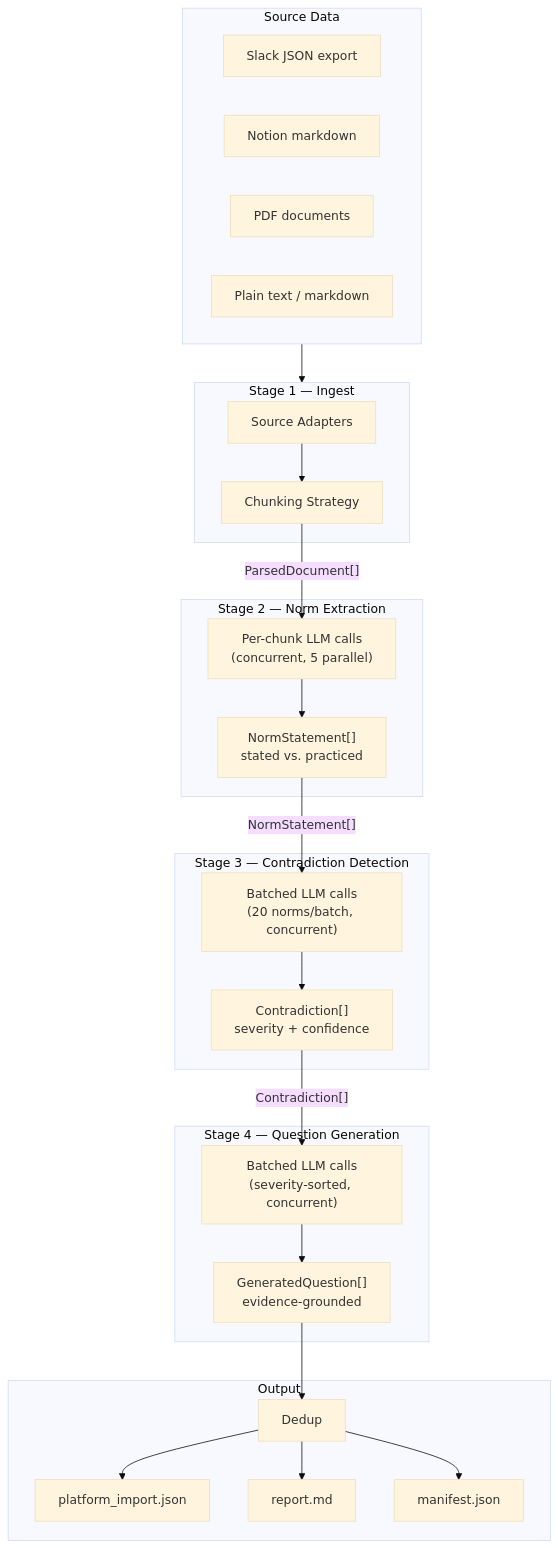
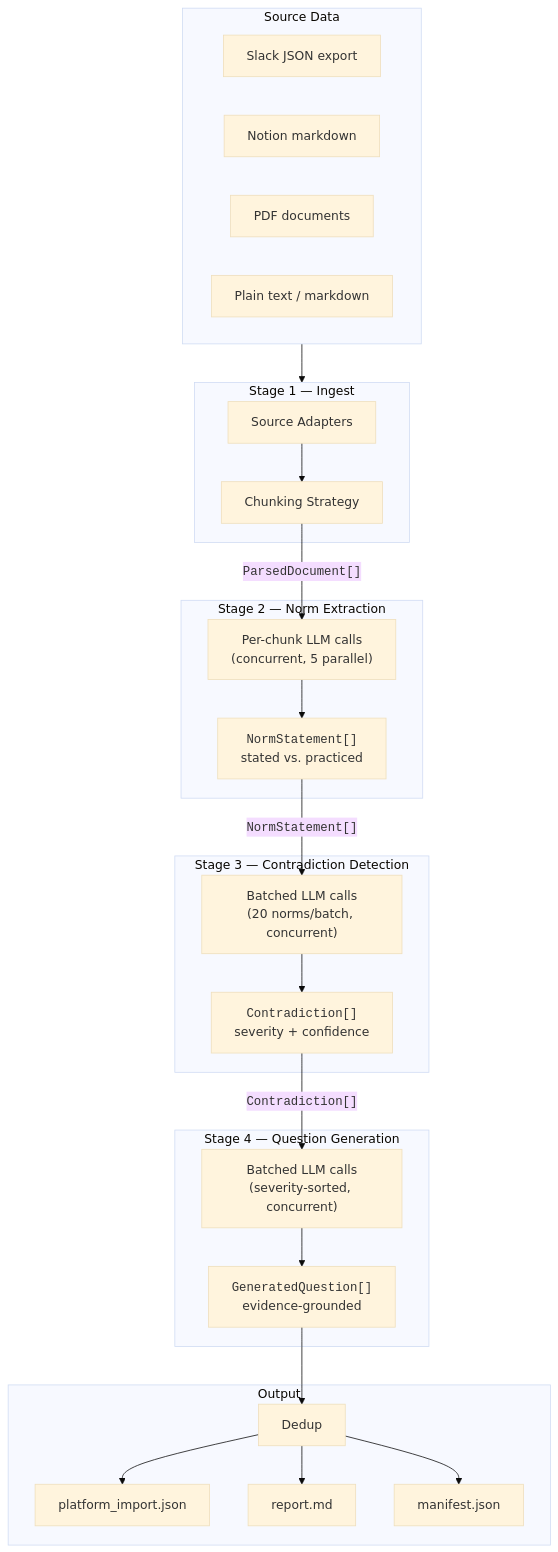
The first of 4 diagrams in docs/pipeline.md (keytech42/tacit-knowledge-elicitation), drawn with Mermaid (base theme) before and after one commit. The commit also changed 7 other files, not shown here.

````diff
--- a/docs/pipeline.md
+++ b/docs/pipeline.md
@@ -7,47 +7,47 @@
 ```mermaid
 flowchart TD
     subgraph sources["Source Data"]
         S1[Slack JSON export]
         S2[Notion markdown]
         S3[PDF documents]
         S4[Plain text / markdown]
     end
 
     subgraph stage1["Stage 1 — Ingest"]
         A1[Source Adapters] --> A2[Chunking Strategy]
     end
 
     subgraph stage2["Stage 2 — Norm Extraction"]
         B1["Per-chunk LLM calls<br/>(concurrent, 5 parallel)"]
-        B2["NormStatement[]<br/>stated vs. practiced"]
+        B2["<code>NormStatement[]</code><br/>stated vs. practiced"]
     end
 
     subgraph stage3["Stage 3 — Contradiction Detection"]
         C1["Batched LLM calls<br/>(20 norms/batch, concurrent)"]
-        C2["Contradiction[]<br/>severity + confidence"]
+        C2["<code>Contradiction[]</code><br>severity + confidence"]
     end
 
     subgraph stage4["Stage 4 — Question Generation"]
         D1["Batched LLM calls<br/>(severity-sorted, concurrent)"]
-        D2["GeneratedQuestion[]<br/>evidence-grounded"]
+        D2["<code>GeneratedQuestion[]</code><br>evidence-grounded"]
     end
 
     subgraph output["Output"]
         E1[Dedup]
         E2[platform_import.json]
         E3[report.md]
         E4[manifest.json]
     end
 
     sources --> stage1
-    A2 -->|"ParsedDocument[]"| B1
+    A2 -->|"<code>ParsedDocument[]</code>"| B1
     B1 --> B2
-    B2 -->|"NormStatement[]"| C1
+    B2 -->|"<code>NormStatement[]</code>"| C1
     C1 --> C2
-    C2 -->|"Contradiction[]"| D1
+    C2 -->|"<code>Contradiction[]</code>"| D1
     D1 --> D2
     D2 --> E1
     E1 --> E2
     E1 --> E3
     E1 --> E4
 ```
````
